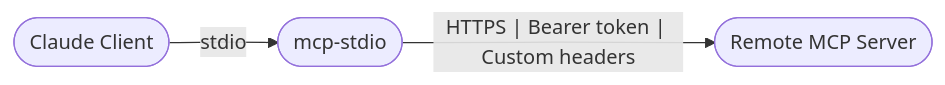
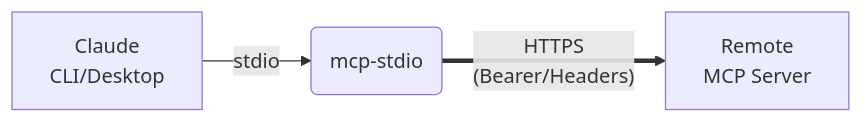
The diagram in README.ja.md (shigechika/mcp-stdio), drawn with Mermaid before and after one commit. The commit also changed 1 other file, not shown here.

Commit message:
docs: compact mermaid diagram with thick HTTPS arrow

````diff
--- a/README.ja.md
+++ b/README.ja.md
@@ -11,5 +11,5 @@
 ```mermaid
 flowchart LR
-    A([Claude Client]) -- stdio --> B([mcp-stdio])
-    B -- "HTTPS | Bearer token | Custom headers" --> C([Remote MCP Server])
+    A[Claude<br>CLI/Desktop] -- stdio --> B(mcp-stdio)
+    B == "HTTPS<br>(Bearer/Headers)" ==> C[Remote<br>MCP Server]
 ```
````
